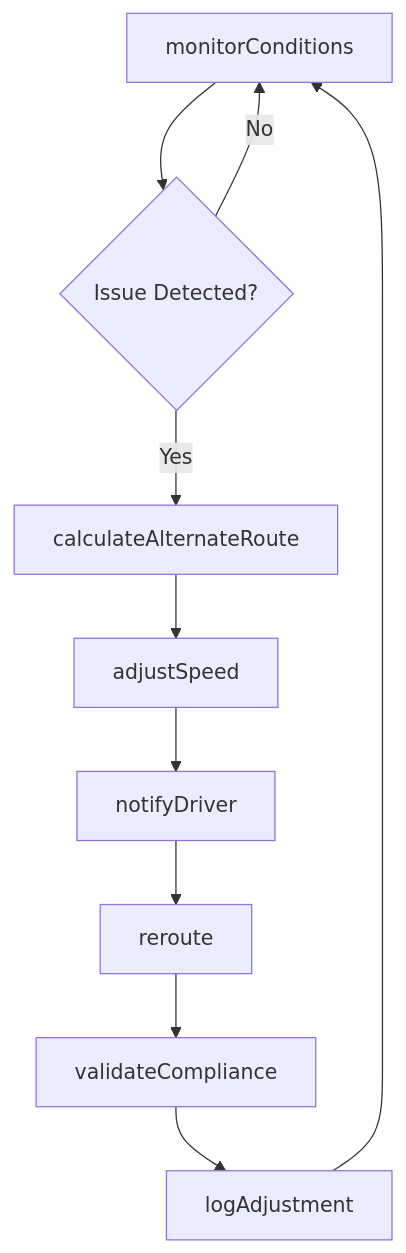
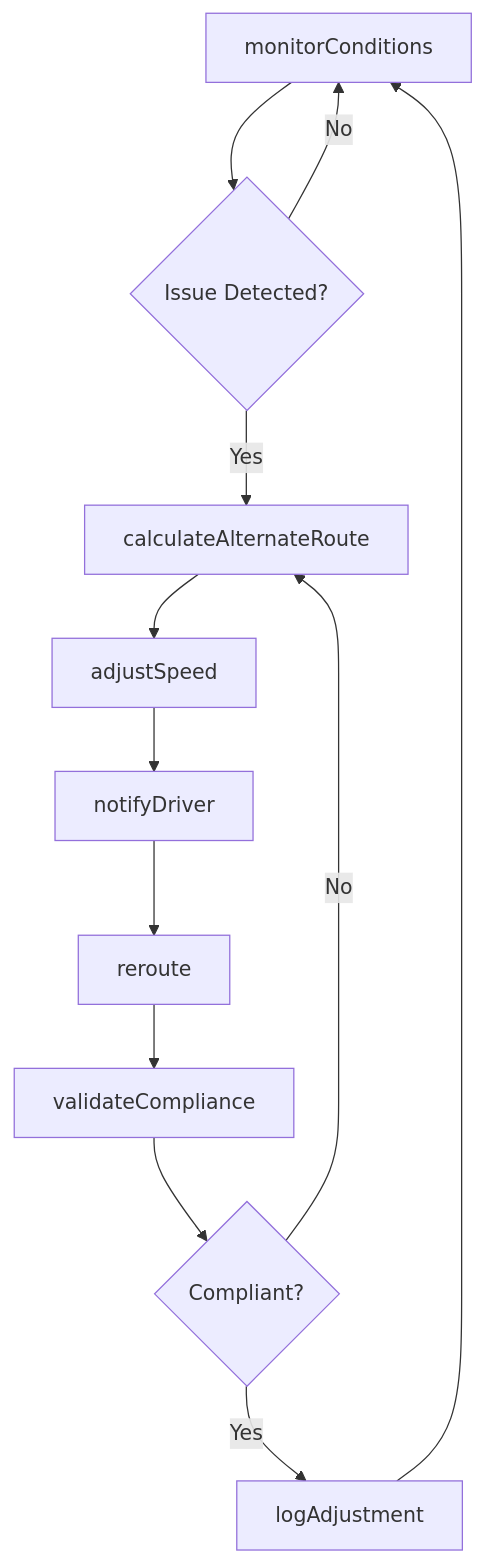
The third of 4 diagrams in OrganizingPlanningAndPrioritizingWork/PlanWorkActivities/AdjustRoutesSpeedsNecessary.mdx (dot-org-ai/tasks.org.ai), drawn with Mermaid before and after one commit. The commit also changed other lines of this file and 504 other files, not shown here.

First line of the commit message:
feat: Add ER diagrams, state diagrams, and workflow improvements to 96 DWA task files

````diff
--- a/OrganizingPlanningAndPrioritizingWork/PlanWorkActivities/AdjustRoutesSpeedsNecessary.mdx
+++ b/OrganizingPlanningAndPrioritizingWork/PlanWorkActivities/AdjustRoutesSpeedsNecessary.mdx
@@ -86,12 +114,14 @@
 ```mermaid
 graph TD
     A[monitorConditions] --> B{Issue Detected?}
     B -->|No| A
     B -->|Yes| C[calculateAlternateRoute]
     C --> D[adjustSpeed]
     D --> E[notifyDriver]
     E --> F[reroute]
     F --> G[validateCompliance]
-    G --> H[logAdjustment]
-    H --> A
+    G --> H{Compliant?}
+    H -->|No| C
+    H -->|Yes| I[logAdjustment]
+    I --> A
 ```
````
